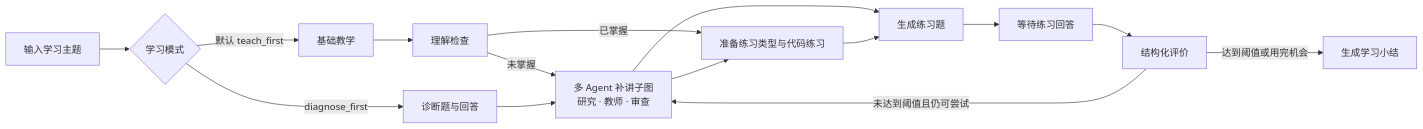
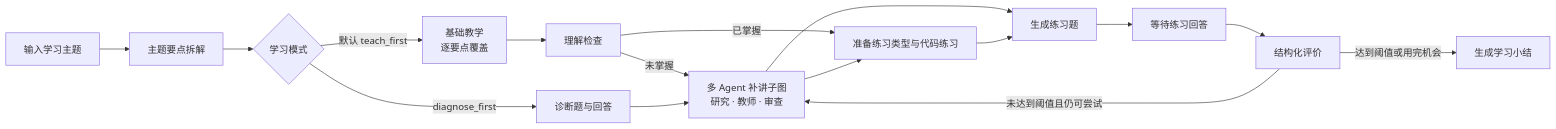
One commit to gtfy12345/learning-coach changed the first of 10 diagrams in README.md. Above: the diagram before and after it, drawn with Mermaid. The commit also changed other lines of this file and 26 other files, not shown here.

````diff
--- a/README.md
+++ b/README.md
@@ -11,17 +11,18 @@
 ```mermaid
 flowchart LR
-    A[输入学习主题] --> M{学习模式}
-    M -->|默认 teach_first| B[基础教学]
+    A[输入学习主题] --> S[主题要点拆解]
+    S --> M{学习模式}
+    M -->|默认 teach_first| B[基础教学<br/>逐要点覆盖]
     B --> C[理解检查]
     C -->|未掌握| D[多 Agent 补讲子图<br/>研究 · 教师 · 审查]
     C -->|已掌握| P[准备练习类型与代码练习]
     M -->|diagnose_first| X[诊断题与回答]
     X --> D
     D --> P
     D --> Q[生成练习题]
     P --> Q
     Q --> F[等待练习回答]
     F --> G[结构化评价]
     G -->|未达到阈值且仍可尝试| D
     G -->|达到阈值或用完机会| H[生成学习小结]
 ```
````
